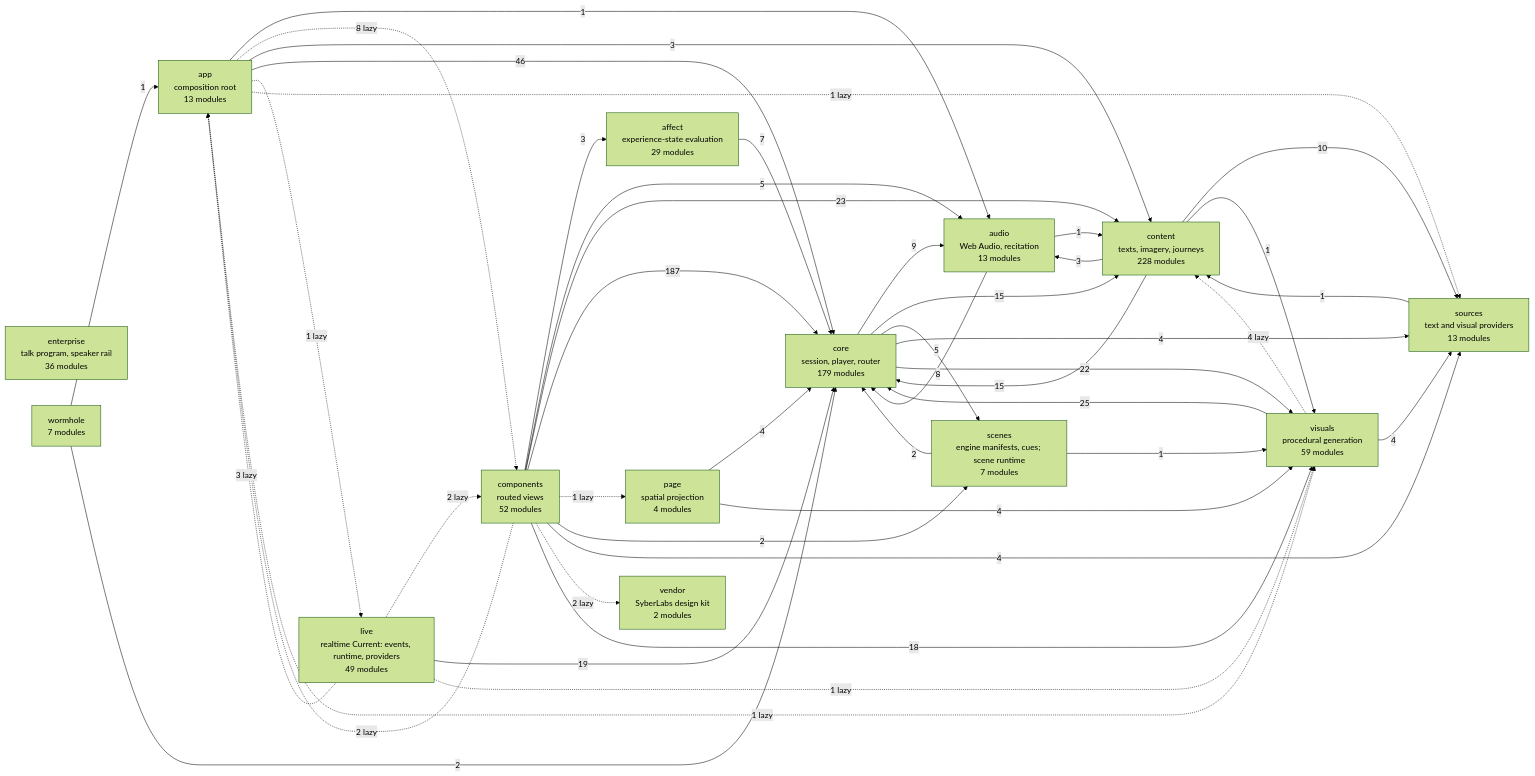
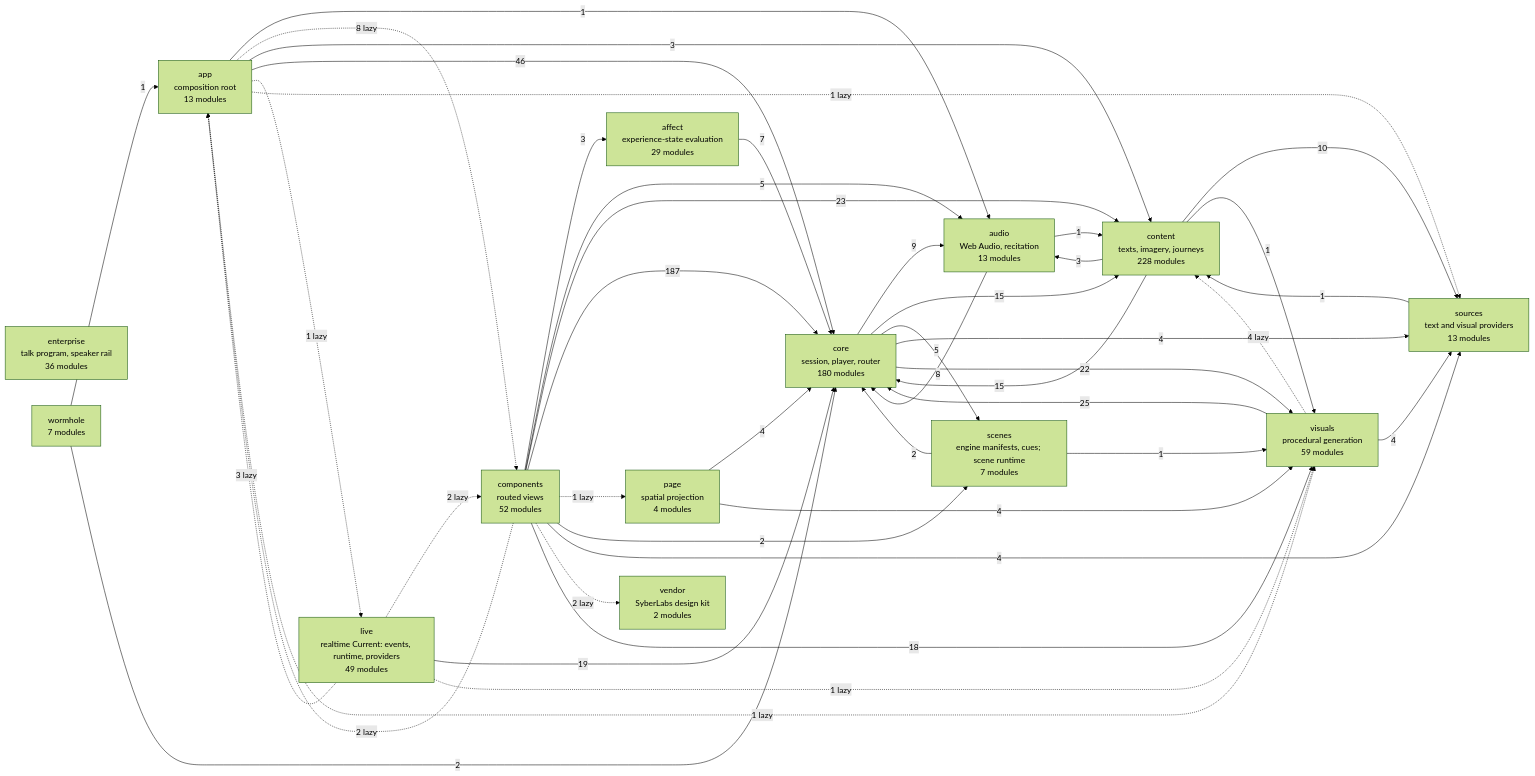
One commit to SyberLabs/RISE changed the diagram in docs/specs/ARCHITECTURE.md. Above: the diagram before and after it, drawn with Mermaid (forest theme).

Commit message:
The diagram counts math-text.js

````diff
--- a/docs/specs/ARCHITECTURE.md
+++ b/docs/specs/ARCHITECTURE.md
@@ -154,61 +154,61 @@
 ```mermaid
 flowchart LR
     affect["affect<br/>experience-state evaluation<br/>29 modules"]
     app["app<br/>composition root<br/>13 modules"]
     audio["audio<br/>Web Audio, recitation<br/>13 modules"]
     components["components<br/>routed views<br/>52 modules"]
     content["content<br/>texts, imagery, journeys<br/>228 modules"]
-    core["core<br/>session, player, router<br/>179 modules"]
+    core["core<br/>session, player, router<br/>180 modules"]
     enterprise["enterprise<br/>talk program, speaker rail<br/>36 modules"]
     live["live<br/>realtime Current: events, runtime, providers<br/>49 modules"]
     page["page<br/>spatial projection<br/>4 modules"]
     scenes["scenes<br/>engine manifests, cues; scene runtime<br/>7 modules"]
     sources["sources<br/>text and visual providers<br/>13 modules"]
     vendor["vendor<br/>SyberLabs design kit<br/>2 modules"]
     visuals["visuals<br/>procedural generation<br/>59 modules"]
     wormhole["wormhole<br/>7 modules"]
 
     affect --> |7| core
     app --> |1| audio
     app -.-> |8 lazy| components
     app --> |3| content
     app --> |46| core
     app -.-> |1 lazy| live
     app -.-> |1 lazy| sources
     app -.-> |1 lazy| visuals
     audio --> |1| content
     audio --> |8| core
     components --> |3| affect
     components -.-> |2 lazy| app
     components --> |5| audio
     components --> |23| content
     components --> |187| core
     components -.-> |1 lazy| page
     components --> |2| scenes
     components --> |4| sources
     components -.-> |2 lazy| vendor
     components --> |18| visuals
     content --> |3| audio
     content --> |15| core
     content --> |10| sources
     content --> |1| visuals
     core --> |9| audio
     core --> |15| content
     core --> |5| scenes
     core --> |4| sources
     core --> |22| visuals
     live -.-> |3 lazy| app
     live -.-> |2 lazy| components
     live --> |19| core
     live -.-> |1 lazy| visuals
     page --> |4| core
     page --> |4| visuals
     scenes --> |2| core
     scenes --> |1| visuals
     sources --> |1| content
     visuals -.-> |4 lazy| content
     visuals --> |25| core
     visuals --> |4| sources
     wormhole --> |1| app
     wormhole --> |2| core
 ```
````
